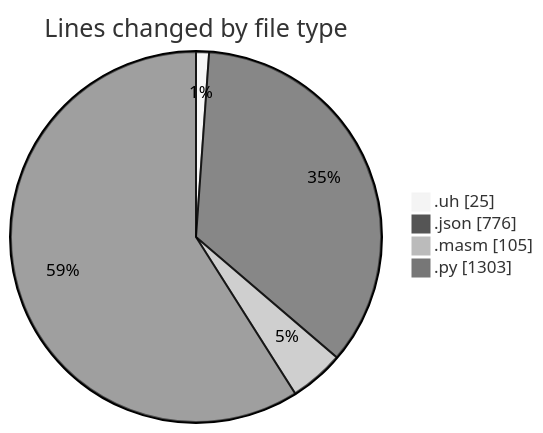
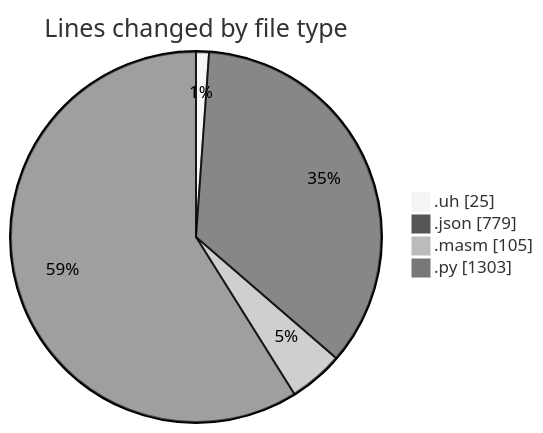
One commit to charlie-sans/code-tracking changed the first of 2 diagrams in 2025-04-30/uhigh-lang/README.md. Above: the diagram before and after it, drawn with Mermaid (neutral theme). The commit also changed other lines of this file and 1 other file, not shown here.

````diff
--- a/2025-04-30/uhigh-lang/README.md
+++ b/2025-04-30/uhigh-lang/README.md
@@ -25,8 +26,8 @@
 ```mermaid
 pie showData
 title Lines changed by file type
 ".uh" : 25
-".json" : 776
+".json" : 779
 ".masm" : 105
 ".py" : 1303
 ```
````
